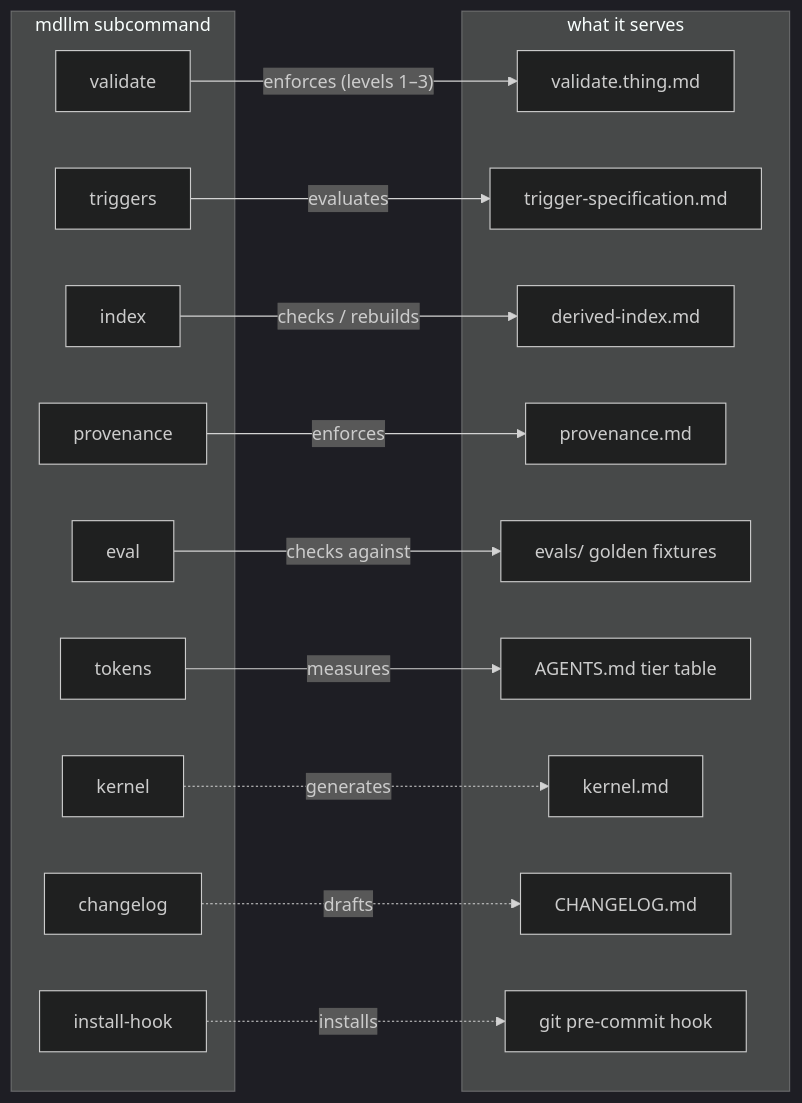
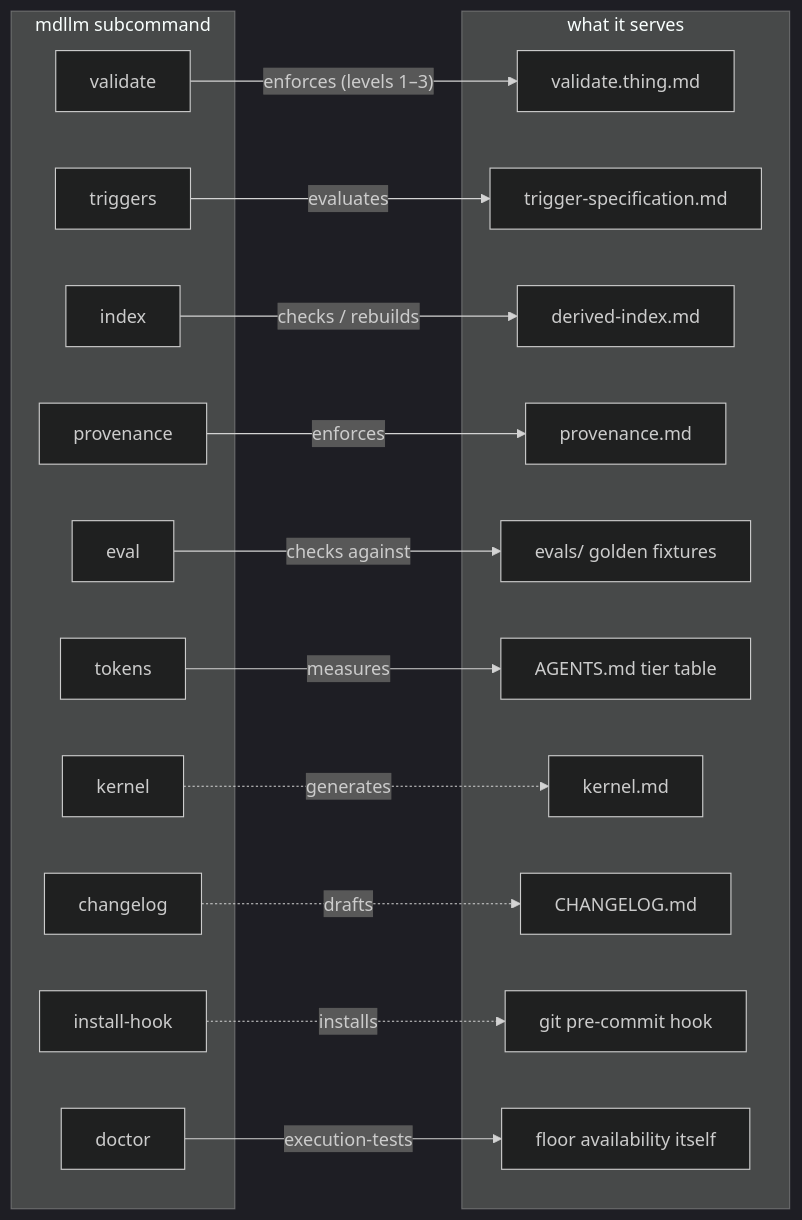
One commit to JanoshMoshiri/MarkdownLLM changed the third of 3 diagrams in framework-map.md. Above: the diagram before and after it, drawn with Mermaid (dark theme). The commit also changed other lines of this file and 5 other files, not shown here.

````diff
--- a/framework-map.md
+++ b/framework-map.md
@@ -167,35 +167,38 @@
 ```mermaid
 flowchart LR
     subgraph cli ["mdllm subcommand"]
         C1["validate"]
         C2["triggers"]
         C3["index"]
         C4["provenance"]
         C5["eval"]
         C6["tokens"]
         C7["kernel"]
         C8["changelog"]
         C9["install-hook"]
+        C10["doctor"]
     end
     subgraph target ["what it serves"]
         T1["validate.thing.md"]
         T2["trigger-specification.md"]
         T3["derived-index.md"]
         T4["provenance.md"]
         T5["evals/ golden fixtures"]
         T6["AGENTS.md tier table"]
         T7["kernel.md"]
         T8["CHANGELOG.md"]
         T9["git pre-commit hook"]
+        T10["floor availability itself"]
     end
 
     C1 -->|"enforces (levels 1–3)"| T1
     C2 -->|evaluates| T2
     C3 -->|"checks / rebuilds"| T3
     C4 -->|enforces| T4
     C5 -->|checks against| T5
     C6 -->|measures| T6
     C7 -.->|generates| T7
     C8 -.->|drafts| T8
     C9 -.->|installs| T9
+    C10 -->|"execution-tests"| T10
 ```
````
